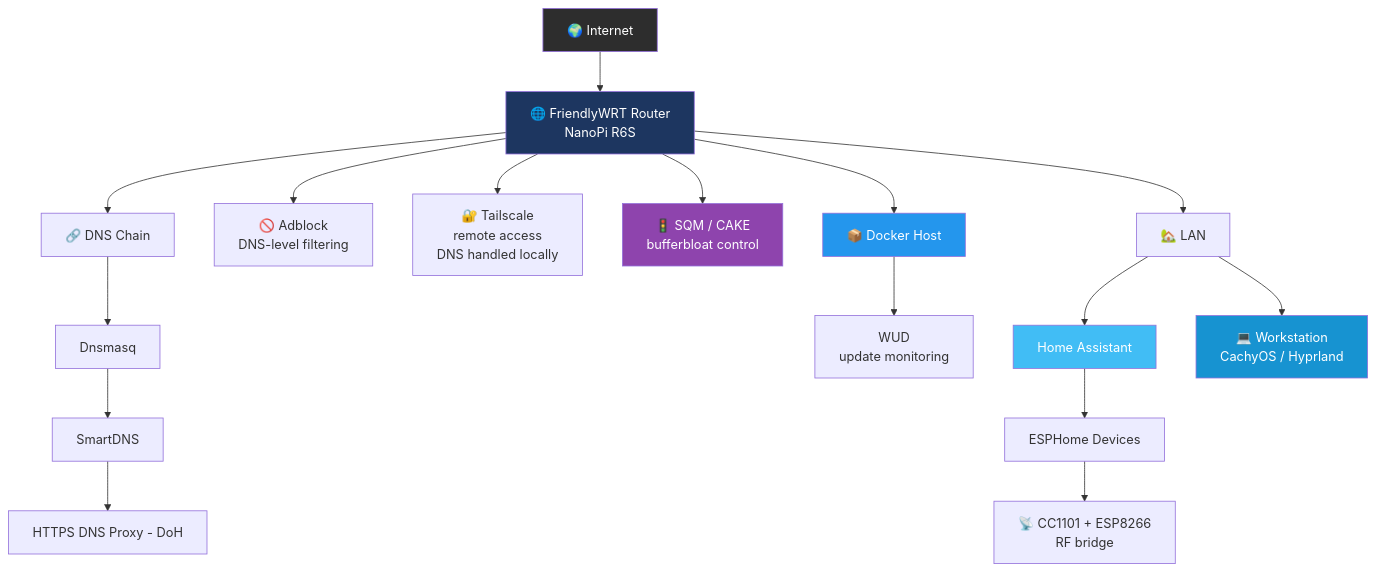
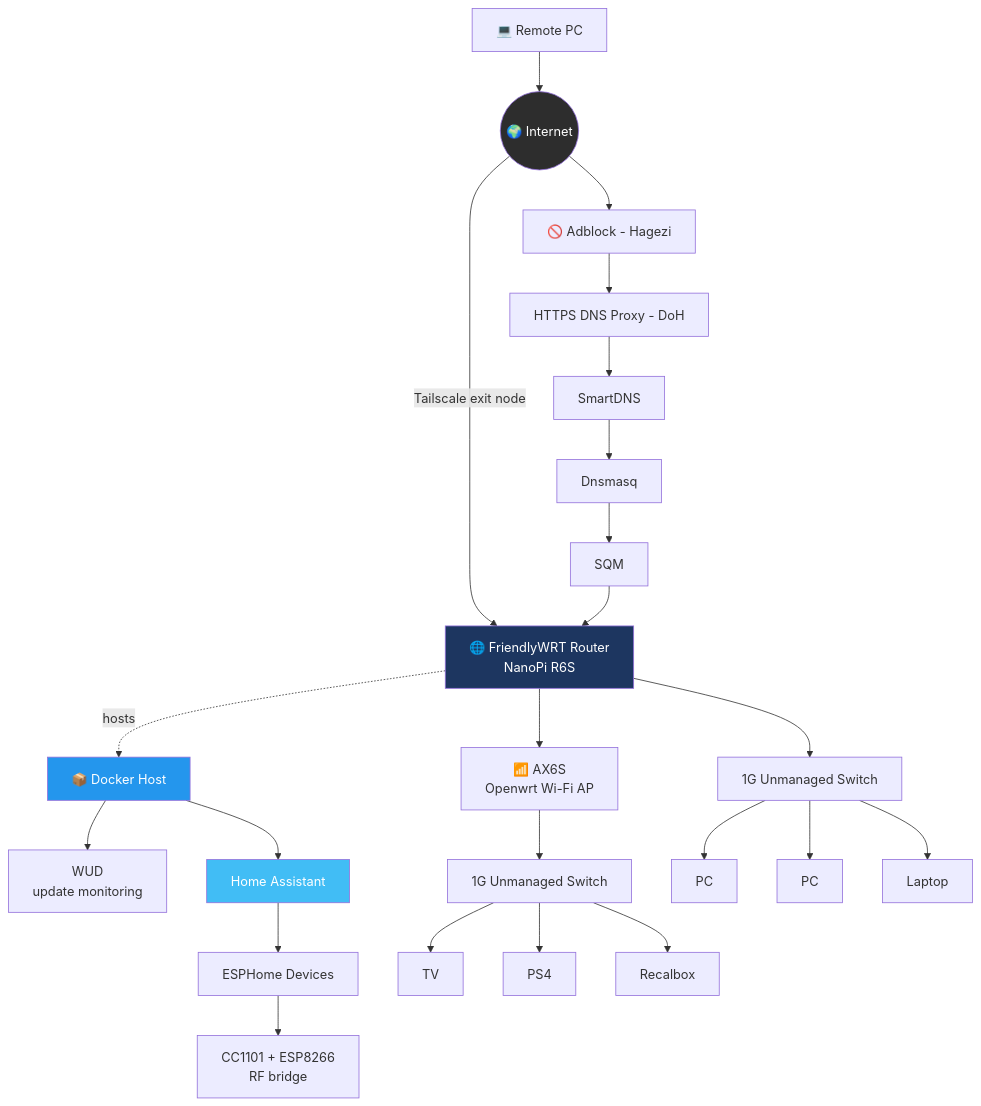
The diagram in README.md (anilgunduzz/myhomelab), drawn with Mermaid before and after one commit.

Commit message:
Update architecture diagram in README.md

````diff
--- a/README.md
+++ b/README.md
@@ -44,30 +44,35 @@
 ```mermaid
 flowchart TD
-    A[🌍 Internet] --> B[🌐 FriendlyWRT Router<br/>NanoPi R6S]
+    NET(("🌍 Internet"))
+    REMOTE["💻 Remote PC"] --> NET
+    NET -->|Tailscale exit node| R6S
 
-    B --> C[🔗 DNS Chain]
-    C --> C1[Dnsmasq]
-    C1 --> C2[SmartDNS]
-    C2 --> C3[HTTPS DNS Proxy - DoH]
+    NET --> ADB["🚫 Adblock - Hagezi"]
+    ADB --> DOH["HTTPS DNS Proxy - DoH"]
+    DOH --> SDNS["SmartDNS"]
+    SDNS --> DNSM["Dnsmasq"]
+    DNSM --> SQM["SQM"]
+    SQM --> R6S["🌐 FriendlyWRT Router<br/>NanoPi R6S"]
 
-    B --> D[🚫 Adblock<br/>DNS-level filtering]
-    B --> E[🔐 Tailscale<br/>remote access<br/>DNS handled locally]
-    B --> S[🚦 SQM / CAKE<br/>bufferbloat control]
+    R6S -.->|hosts| DOCKER["📦 Docker Host"]
+    DOCKER --> WUD["WUD<br/>update monitoring"]
+    DOCKER --> HA["Home Assistant"]
+    HA --> ESP["ESPHome Devices"]
+    ESP --> RF["CC1101 + ESP8266<br/>RF bridge"]
 
-    B --> F[📦 Docker Host]
-    F --> F1[WUD<br/>update monitoring]
+    R6S --> AX6S["📶 AX6S<br/>Openwrt Wi-Fi AP"]
+    AX6S --> SW1["1G Unmanaged Switch"]
+    SW1 --> TV["TV"]
+    SW1 --> PS4["PS4"]
+    SW1 --> RECAL["Recalbox"]
 
-    B --> G[🏡 LAN]
-    G --> H[Home Assistant]
-    H --> I[ESPHome Devices]
-    I --> J[📡 CC1101 + ESP8266<br/>RF bridge]
+    R6S --> SW2["1G Unmanaged Switch"]
+    SW2 --> PC1["PC"]
+    SW2 --> PC2["PC"]
+    SW2 --> LAP["Laptop"]
 
-    G --> K[💻 Workstation<br/>CachyOS / Hyprland]
-
-    style A fill:#2d2d2d,color:#fff
-    style B fill:#1D3660,color:#fff
-    style F fill:#2496ED,color:#fff
-    style H fill:#41BDF5,color:#fff
-    style K fill:#1793D1,color:#fff
-    style S fill:#8e44ad,color:#fff
+    style R6S fill:#1D3660,color:#fff
+    style DOCKER fill:#2496ED,color:#fff
+    style HA fill:#41BDF5,color:#fff
+    style NET fill:#2d2d2d,color:#fff
 ```
````
